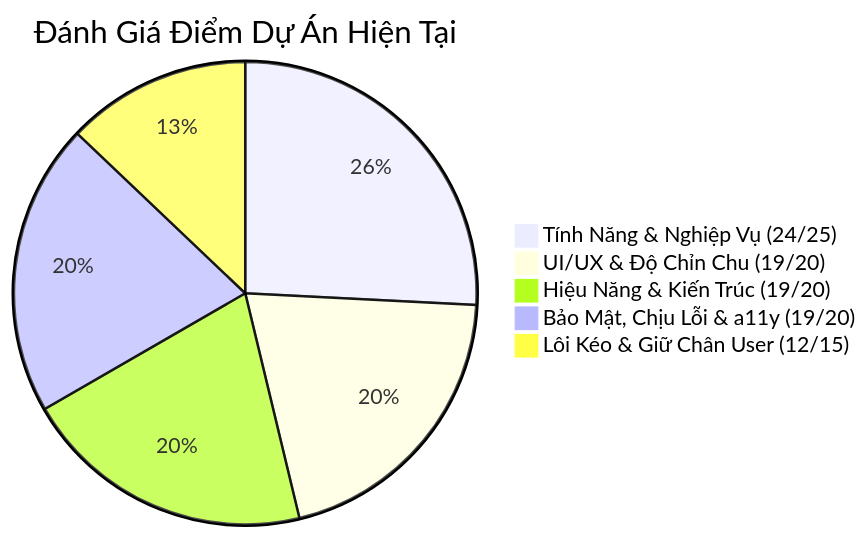
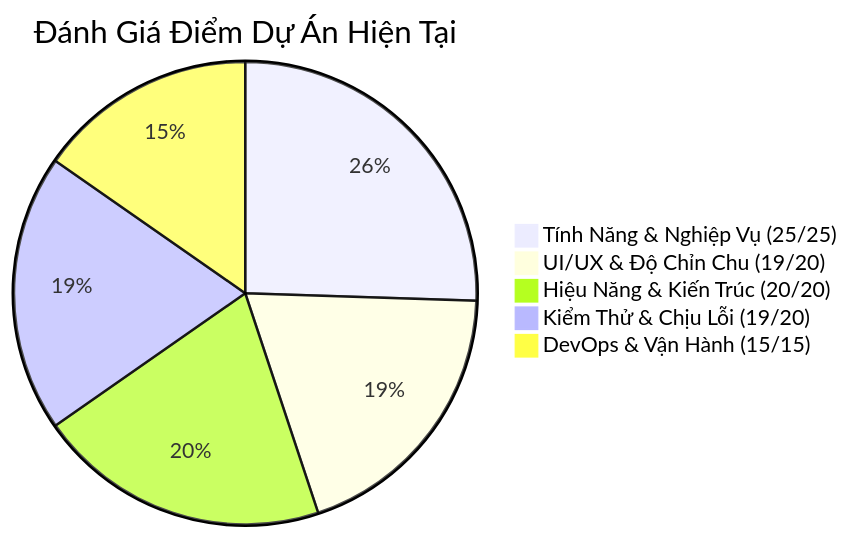
One commit to LNTienDat/student-life-hub changed the diagram in PROJECT_GAPS.md. Above: the diagram before and after it, drawn with Mermaid. The commit also changed other lines of this file and 24 other files, not shown here.

````diff
--- a/PROJECT_GAPS.md
+++ b/PROJECT_GAPS.md
@@ -11,8 +11,8 @@
 ```mermaid
 pie title Đánh Giá Điểm Dự Án Hiện Tại
-    "Tính Năng & Nghiệp Vụ (24/25)" : 24
+    "Tính Năng & Nghiệp Vụ (25/25)" : 25
     "UI/UX & Độ Chỉn Chu (19/20)" : 19
-    "Hiệu Năng & Kiến Trúc (19/20)" : 19
-    "Bảo Mật, Chịu Lỗi & a11y (19/20)" : 19
-    "Lôi Kéo & Giữ Chân User (12/15)" : 12
+    "Hiệu Năng & Kiến Trúc (20/20)" : 20
+    "Kiểm Thử & Chịu Lỗi (19/20)" : 19
+    "DevOps & Vận Hành (15/15)" : 15
 ```
````
